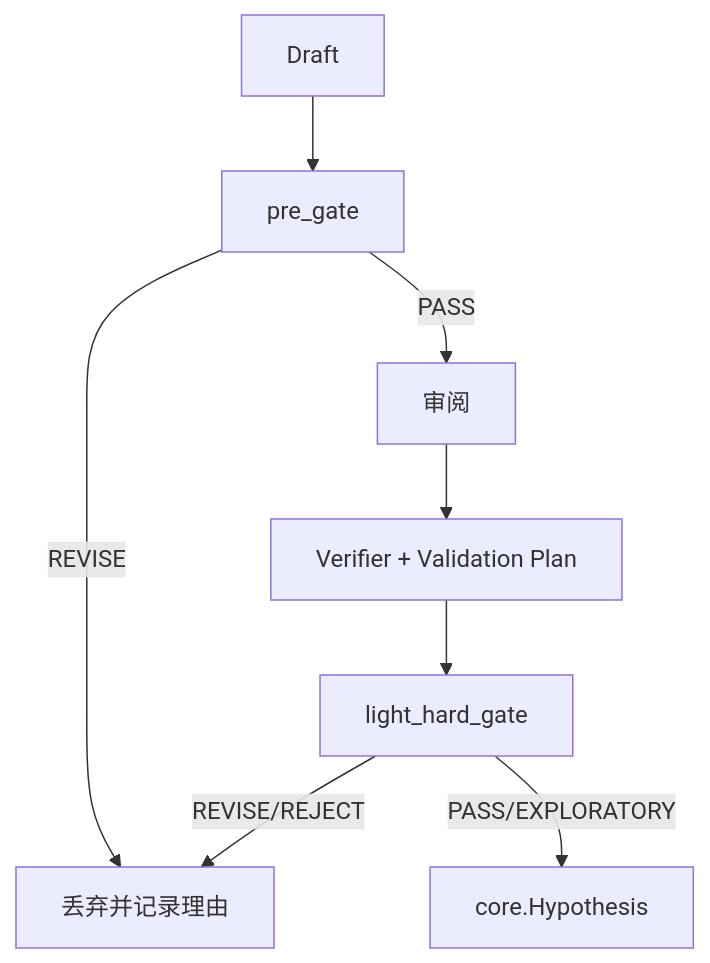
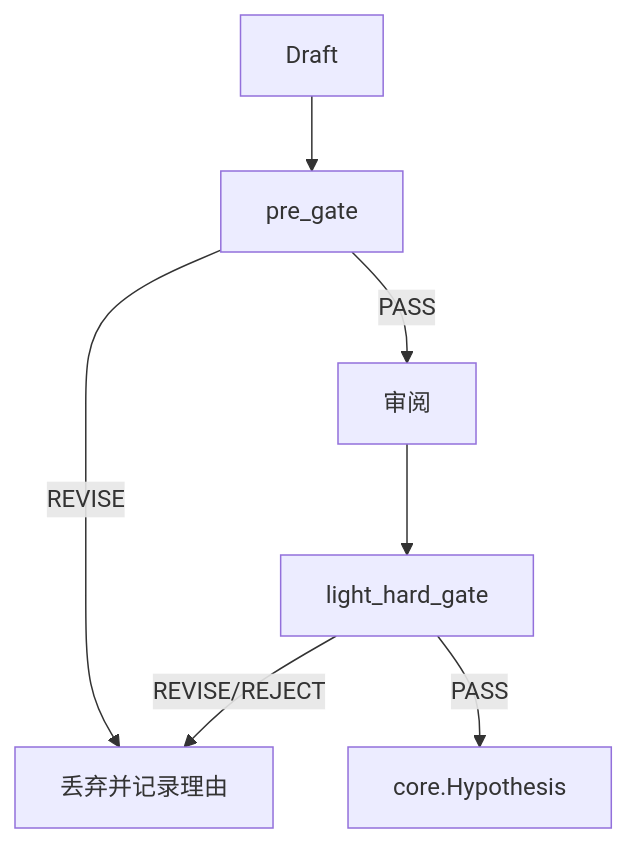
The first of 2 diagrams in docs/athena-guide/08-idea-generation.md (FakeEyes2Wo/Athena), drawn with Mermaid before and after one commit. The commit also changed other lines of this file and 16 other files, not shown here.

````diff
--- a/docs/athena-guide/08-idea-generation.md
+++ b/docs/athena-guide/08-idea-generation.md
@@ -99,10 +88,9 @@
 ```mermaid
 flowchart TD
   A[Draft] --> B[pre_gate]
   B -->|REVISE| X[丢弃并记录理由]
   B -->|PASS| C[审阅]
-  C --> D[Verifier + Validation Plan]
-  D --> E[light_hard_gate]
-  E -->|PASS/EXPLORATORY| F[core.Hypothesis]
+  C --> E[light_hard_gate]
+  E -->|PASS| F[core.Hypothesis]
   E -->|REVISE/REJECT| X
 ```
````
